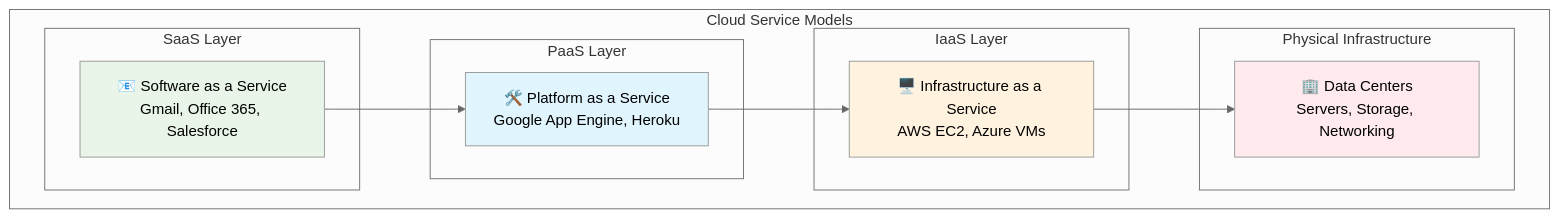
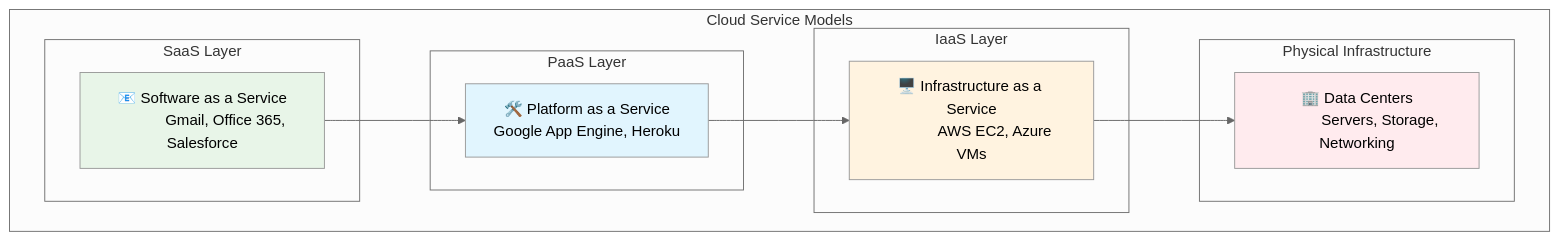
One commit to manikcloud/cloud-devops-learning-path changed the third of 7 diagrams in Section-1-Cloud/Session-0_cloud-basic-concepts/README.md. Above: the diagram before and after it, drawn with Mermaid (neutral theme). The commit also changed other lines of this file, not shown here.

First line of the commit message:
Fix all Mermaid diagrams: Replace \n with proper line breaks

````diff
--- a/Section-1-Cloud/Session-0_cloud-basic-concepts/README.md
+++ b/Section-1-Cloud/Session-0_cloud-basic-concepts/README.md
@@ -137,29 +145,33 @@
 ```mermaid
 graph TB
     subgraph "Cloud Service Models"
         subgraph "SaaS Layer"
-            SAAS["📧 Software as a Service\nGmail, Office 365, Salesforce"]
+            SAAS["📧 Software as a Service
+            Gmail, Office 365, Salesforce"]
         end
         
         subgraph "PaaS Layer"
-            PAAS["🛠️ Platform as a Service\nGoogle App Engine, Heroku"]
+            PAAS["🛠️ Platform as a Service
+            Google App Engine, Heroku"]
         end
         
         subgraph "IaaS Layer"
-            IAAS["🖥️ Infrastructure as a Service\nAWS EC2, Azure VMs"]
+            IAAS["🖥️ Infrastructure as a Service
+            AWS EC2, Azure VMs"]
         end
         
         subgraph "Physical Infrastructure"
-            PHYSICAL["🏢 Data Centers\nServers, Storage, Networking"]
+            PHYSICAL["🏢 Data Centers
+            Servers, Storage, Networking"]
         end
     end
     
     SAAS --> PAAS
     PAAS --> IAAS
     IAAS --> PHYSICAL
     
     style SAAS fill:#e8f5e8
     style PAAS fill:#e1f5fe
     style IAAS fill:#fff3e0
     style PHYSICAL fill:#ffebee
 ```
````
